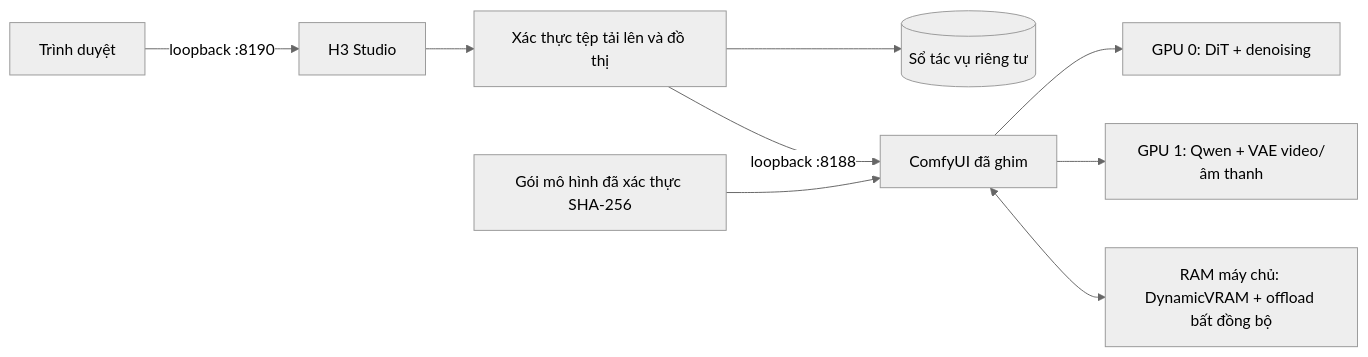
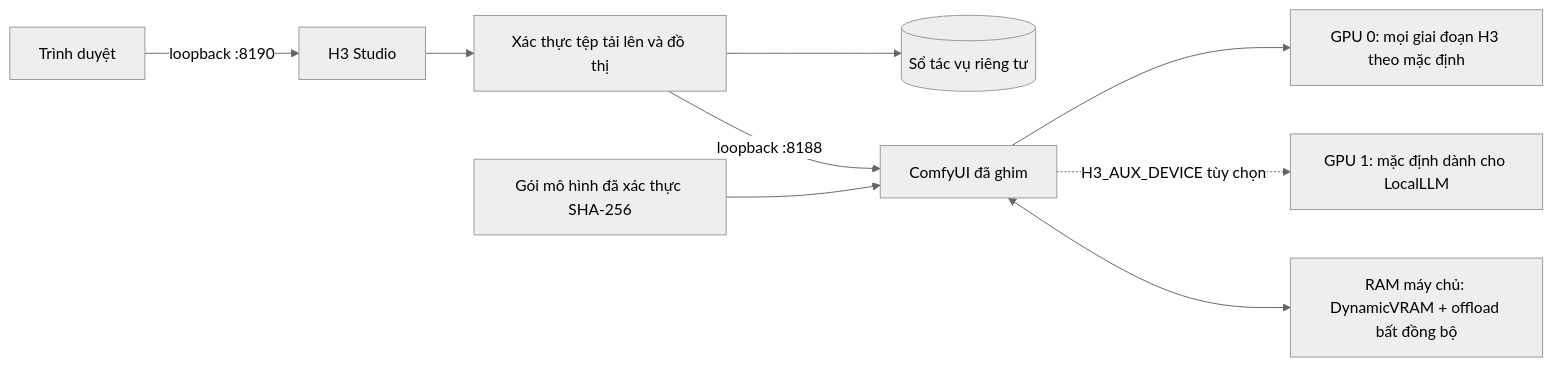
Before and after one commit to lachlanchen/LocalVideoGen: the diagram in i18n/README.vi.md, drawn with Mermaid (neutral theme). The commit also changed other lines of this file and 28 other files, not shown here.

````diff
--- a/i18n/README.vi.md
+++ b/i18n/README.vi.md
@@ -54,11 +56,12 @@
 ```mermaid
 flowchart LR
     B[Trình duyệt] -->|loopback :8190| S[H3 Studio]
     S --> V[Xác thực tệp tải lên và đồ thị]
     V --> J[(Sổ tác vụ riêng tư)]
     V -->|loopback :8188| C[ComfyUI đã ghim]
-    C --> G0[GPU 0: DiT + denoising]
-    C --> G1[GPU 1: Qwen + VAE video/âm thanh]
+    C --> G0[GPU 0: mọi giai đoạn H3 theo mặc định]
+    G1[GPU 1: mặc định dành cho LocalLLM]
+    C -. H3_AUX_DEVICE tùy chọn .-> G1
     C <--> R[RAM máy chủ: DynamicVRAM + offload bất đồng bộ]
     M[Gói mô hình đã xác thực SHA-256] --> C
 ```
````
